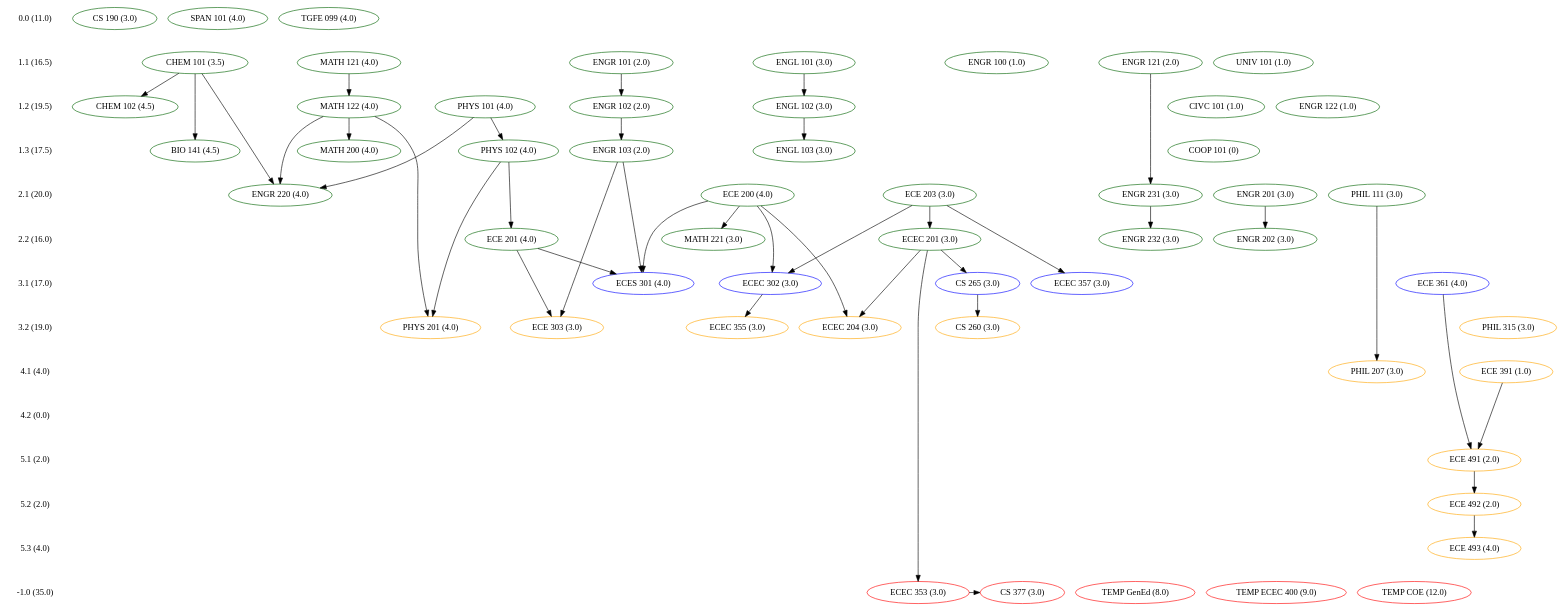
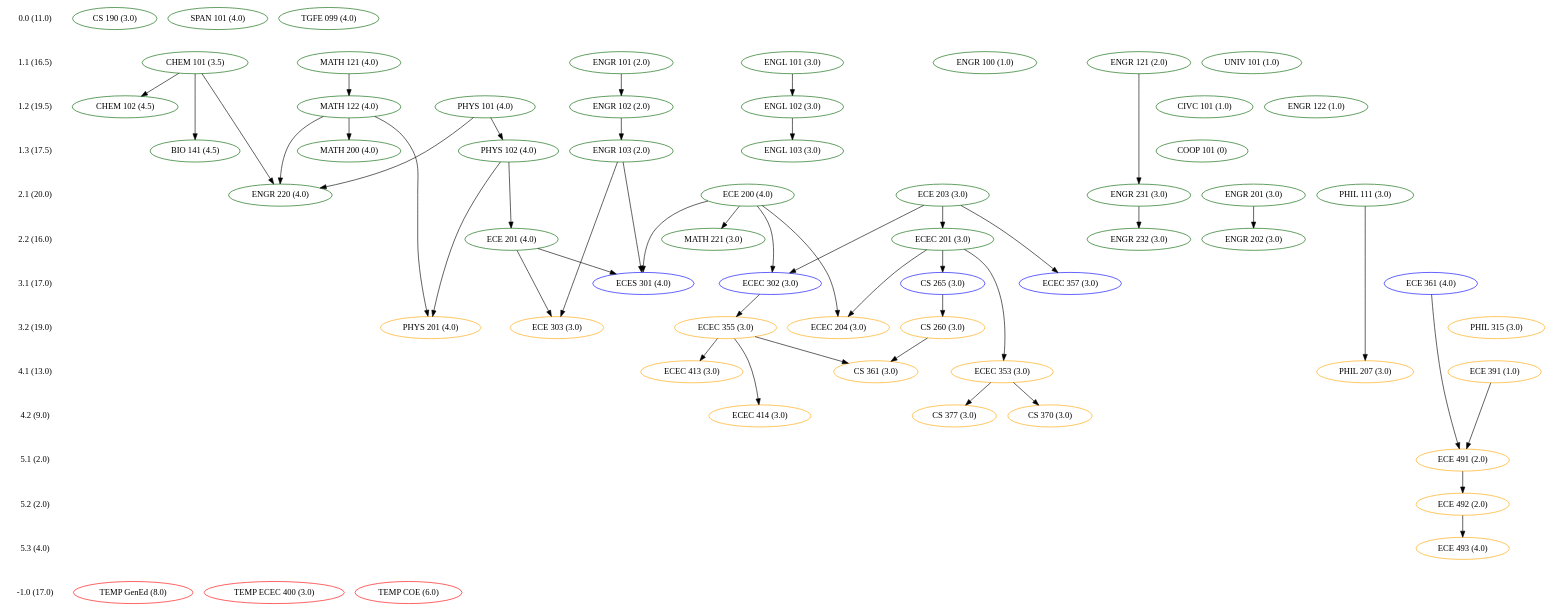
One commit to Theodus/coursework changed the diagram in classes.gv. Above: the diagram before and after it, drawn with Graphviz. The commit also changed 2 other files, not shown here.

```diff
--- a/classes.gv
+++ b/classes.gv
@@ -1,139 +1,148 @@
 digraph Classes {
 	newrank=true
 	0.0 [label="0.0 (11.0)" shape=plaintext]
 	"CS 190" [label="CS 190 (3.0)" color=darkgreen]
 	"SPAN 101" [label="SPAN 101 (4.0)" color=darkgreen]
 	"TGFE 099" [label="TGFE 099 (4.0)" color=darkgreen]
 	1.1 [label="1.1 (16.5)" shape=plaintext]
 	0.0 -> 1.1 [style=invis]
 	"CHEM 101" [label="CHEM 101 (3.5)" color=darkgreen]
 	"ENGL 101" [label="ENGL 101 (3.0)" color=darkgreen]
 	"ENGR 100" [label="ENGR 100 (1.0)" color=darkgreen]
 	"ENGR 101" [label="ENGR 101 (2.0)" color=darkgreen]
 	"ENGR 121" [label="ENGR 121 (2.0)" color=darkgreen]
 	"MATH 121" [label="MATH 121 (4.0)" color=darkgreen]
 	"UNIV 101" [label="UNIV 101 (1.0)" color=darkgreen]
 	1.2 [label="1.2 (19.5)" shape=plaintext]
 	1.1 -> 1.2 [style=invis]
 	"CHEM 102" [label="CHEM 102 (4.5)" color=darkgreen]
 	"CHEM 101" -> "CHEM 102"
 	"CIVC 101" [label="CIVC 101 (1.0)" color=darkgreen]
 	"ENGL 102" [label="ENGL 102 (3.0)" color=darkgreen]
 	"ENGL 101" -> "ENGL 102"
 	"ENGR 102" [label="ENGR 102 (2.0)" color=darkgreen]
 	"ENGR 101" -> "ENGR 102"
 	"ENGR 122" [label="ENGR 122 (1.0)" color=darkgreen]
 	"MATH 122" [label="MATH 122 (4.0)" color=darkgreen]
 	"MATH 121" -> "MATH 122"
 	"PHYS 101" [label="PHYS 101 (4.0)" color=darkgreen]
 	1.3 [label="1.3 (17.5)" shape=plaintext]
 	1.2 -> 1.3 [style=invis]
 	"BIO 141" [label="BIO 141 (4.5)" color=darkgreen]
 	"CHEM 101" -> "BIO 141"
 	"COOP 101" [label="COOP 101 (0)" color=darkgreen]
 	"ENGL 103" [label="ENGL 103 (3.0)" color=darkgreen]
 	"ENGL 102" -> "ENGL 103"
 	"ENGR 103" [label="ENGR 103 (2.0)" color=darkgreen]
 	"ENGR 102" -> "ENGR 103"
 	"MATH 200" [label="MATH 200 (4.0)" color=darkgreen]
 	"MATH 122" -> "MATH 200"
 	"PHYS 102" [label="PHYS 102 (4.0)" color=darkgreen]
 	"PHYS 101" -> "PHYS 102"
 	2.1 [label="2.1 (20.0)" shape=plaintext]
 	1.3 -> 2.1 [style=invis]
 	"ECE 200" [label="ECE 200 (4.0)" color=darkgreen]
 	"ECE 203" [label="ECE 203 (3.0)" color=darkgreen]
 	"ENGR 201" [label="ENGR 201 (3.0)" color=darkgreen]
 	"ENGR 220" [label="ENGR 220 (4.0)" color=darkgreen]
 	"CHEM 101" -> "ENGR 220"
 	"MATH 122" -> "ENGR 220"
 	"PHYS 101" -> "ENGR 220"
 	"ENGR 231" [label="ENGR 231 (3.0)" color=darkgreen]
 	"ENGR 121" -> "ENGR 231"
 	"PHIL 111" [label="PHIL 111 (3.0)" color=darkgreen]
 	2.2 [label="2.2 (16.0)" shape=plaintext]
 	2.1 -> 2.2 [style=invis]
 	"ECE 201" [label="ECE 201 (4.0)" color=darkgreen]
 	"PHYS 102" -> "ECE 201"
 	"ECEC 201" [label="ECEC 201 (3.0)" color=darkgreen]
 	"ECE 203" -> "ECEC 201"
 	"ENGR 202" [label="ENGR 202 (3.0)" color=darkgreen]
 	"ENGR 201" -> "ENGR 202"
 	"ENGR 232" [label="ENGR 232 (3.0)" color=darkgreen]
 	"ENGR 231" -> "ENGR 232"
 	"MATH 221" [label="MATH 221 (3.0)" color=darkgreen]
 	"ECE 200" -> "MATH 221"
 	3.1 [label="3.1 (17.0)" shape=plaintext]
 	2.2 -> 3.1 [style=invis]
 	"CS 265" [label="CS 265 (3.0)" color=blue]
 	"ECEC 201" -> "CS 265"
 	"ECE 361" [label="ECE 361 (4.0)" color=blue]
 	"ECEC 302" [label="ECEC 302 (3.0)" color=blue]
 	"ECE 203" -> "ECEC 302"
 	"ECE 200" -> "ECEC 302"
 	"ECEC 357" [label="ECEC 357 (3.0)" color=blue]
 	"ECE 203" -> "ECEC 357"
 	"ECES 301" [label="ECES 301 (4.0)" color=blue]
 	"ECE 200" -> "ECES 301"
 	"ECE 201" -> "ECES 301"
 	"ENGR 103" -> "ECES 301"
 	3.2 [label="3.2 (19.0)" shape=plaintext]
 	3.1 -> 3.2 [style=invis]
 	"CS 260" [label="CS 260 (3.0)" color=orange]
 	"CS 265" -> "CS 260"
 	"ECE 303" [label="ECE 303 (3.0)" color=orange]
 	"ECE 201" -> "ECE 303"
 	"ENGR 103" -> "ECE 303"
 	"ECEC 204" [label="ECEC 204 (3.0)" color=orange]
 	"ECE 200" -> "ECEC 204"
 	"ECEC 201" -> "ECEC 204"
 	"ECEC 355" [label="ECEC 355 (3.0)" color=orange]
 	"ECEC 302" -> "ECEC 355"
 	"PHIL 315" [label="PHIL 315 (3.0)" color=orange]
 	"PHYS 201" [label="PHYS 201 (4.0)" color=orange]
 	"PHYS 102" -> "PHYS 201"
 	"MATH 122" -> "PHYS 201"
-	4.1 [label="4.1 (4.0)" shape=plaintext]
+	4.1 [label="4.1 (13.0)" shape=plaintext]
 	3.2 -> 4.1 [style=invis]
+	"CS 361" [label="CS 361 (3.0)" color=orange]
+	"CS 260" -> "CS 361"
+	"ECEC 355" -> "CS 361"
 	"ECE 391" [label="ECE 391 (1.0)" color=orange]
+	"ECEC 353" [label="ECEC 353 (3.0)" color=orange]
+	"ECEC 201" -> "ECEC 353"
+	"ECEC 413" [label="ECEC 413 (3.0)" color=orange]
+	"ECEC 355" -> "ECEC 413"
 	"PHIL 207" [label="PHIL 207 (3.0)" color=orange]
 	"PHIL 111" -> "PHIL 207"
-	4.2 [label="4.2 (0.0)" shape=plaintext]
+	4.2 [label="4.2 (9.0)" shape=plaintext]
 	4.1 -> 4.2 [style=invis]
+	"CS 370" [label="CS 370 (3.0)" color=orange]
+	"ECEC 353" -> "CS 370"
+	"CS 377" [label="CS 377 (3.0)" color=orange]
+	"ECEC 353" -> "CS 377"
+	"ECEC 414" [label="ECEC 414 (3.0)" color=orange]
+	"ECEC 355" -> "ECEC 414"
 	5.1 [label="5.1 (2.0)" shape=plaintext]
 	4.2 -> 5.1 [style=invis]
 	"ECE 491" [label="ECE 491 (2.0)" color=orange]
 	"ECE 391" -> "ECE 491"
 	"ECE 361" -> "ECE 491"
 	5.2 [label="5.2 (2.0)" shape=plaintext]
 	5.1 -> 5.2 [style=invis]
 	"ECE 492" [label="ECE 492 (2.0)" color=orange]
 	"ECE 491" -> "ECE 492"
 	5.3 [label="5.3 (4.0)" shape=plaintext]
 	5.2 -> 5.3 [style=invis]
 	"ECE 493" [label="ECE 493 (4.0)" color=orange]
 	"ECE 492" -> "ECE 493"
-	-1.0 [label="-1.0 (35.0)" shape=plaintext]
+	-1.0 [label="-1.0 (17.0)" shape=plaintext]
 	5.3 -> -1.0 [style=invis]
 	"TEMP GenEd" [label="TEMP GenEd (8.0)" color=red]
-	"TEMP ECEC 400" [label="TEMP ECEC 400 (9.0)" color=red]
-	"TEMP COE" [label="TEMP COE (12.0)" color=red]
-	"ECEC 353" [label="ECEC 353 (3.0)" color=red]
-	"ECEC 201" -> "ECEC 353"
-	"CS 377" [label="CS 377 (3.0)" color=red]
-	"ECEC 353" -> "CS 377"
+	"TEMP ECEC 400" [label="TEMP ECEC 400 (3.0)" color=red]
+	"TEMP COE" [label="TEMP COE (6.0)" color=red]
 	{rank=same; "0.0" "CS 190" "SPAN 101" "TGFE 099"}
 	{rank=same; "1.1" "CHEM 101" "ENGL 101" "ENGR 100" "ENGR 101" "ENGR 121" "MATH 121" "UNIV 101"}
 	{rank=same; "1.2" "CHEM 102" "CIVC 101" "ENGL 102" "ENGR 102" "ENGR 122" "MATH 122" "PHYS 101"}
 	{rank=same; "1.3" "BIO 141" "COOP 101" "ENGL 103" "ENGR 103" "MATH 200" "PHYS 102"}
 	{rank=same; "2.1" "ECE 200" "ECE 203" "ENGR 201" "ENGR 220" "ENGR 231" "PHIL 111"}
 	{rank=same; "2.2" "ECE 201" "ECEC 201" "ENGR 202" "ENGR 232" "MATH 221"}
 	{rank=same; "3.1" "CS 265" "ECE 361" "ECEC 302" "ECEC 357" "ECES 301"}
 	{rank=same; "3.2" "CS 260" "ECE 303" "ECEC 204" "ECEC 355" "PHIL 315" "PHYS 201"}
-	{rank=same; "4.1" "ECE 391" "PHIL 207"}
-	{rank=same; "4.2" }
+	{rank=same; "4.1" "CS 361" "ECE 391" "ECEC 353" "ECEC 413" "PHIL 207"}
+	{rank=same; "4.2" "CS 370" "CS 377" "ECEC 414"}
 	{rank=same; "5.1" "ECE 491"}
 	{rank=same; "5.2" "ECE 492"}
 	{rank=same; "5.3" "ECE 493"}
-	{rank=same; "-1.0" "TEMP GenEd" "TEMP ECEC 400" "TEMP COE" "ECEC 353" "CS 377"}
+	{rank=same; "-1.0" "TEMP GenEd" "TEMP ECEC 400" "TEMP COE"}
 }
```
